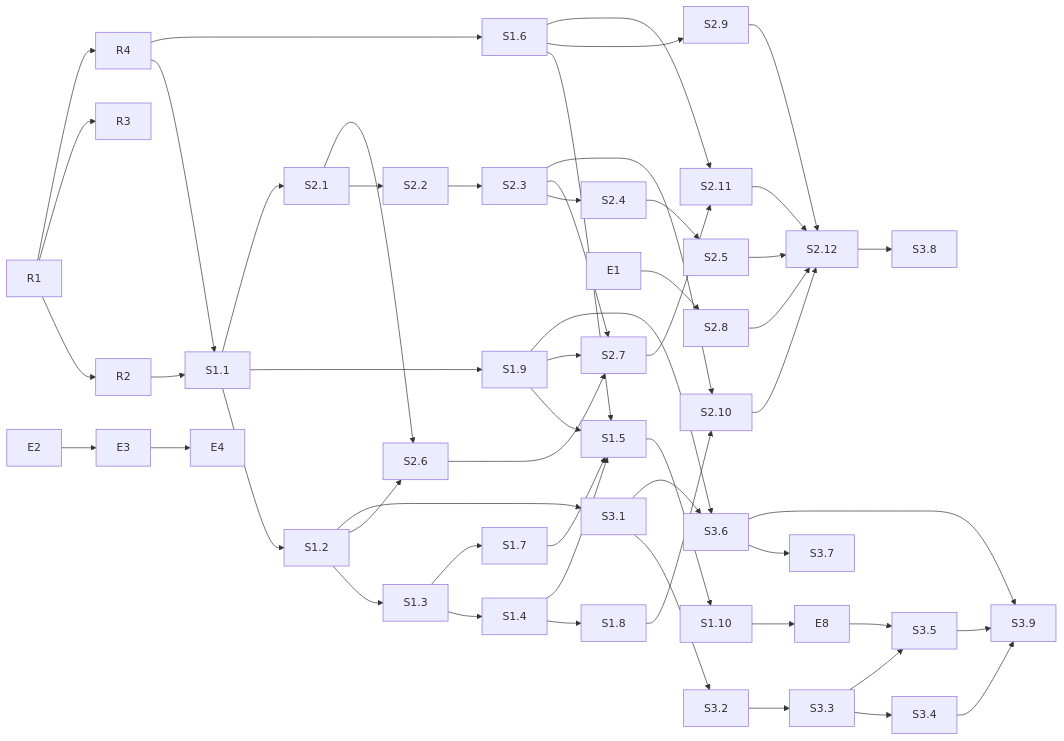
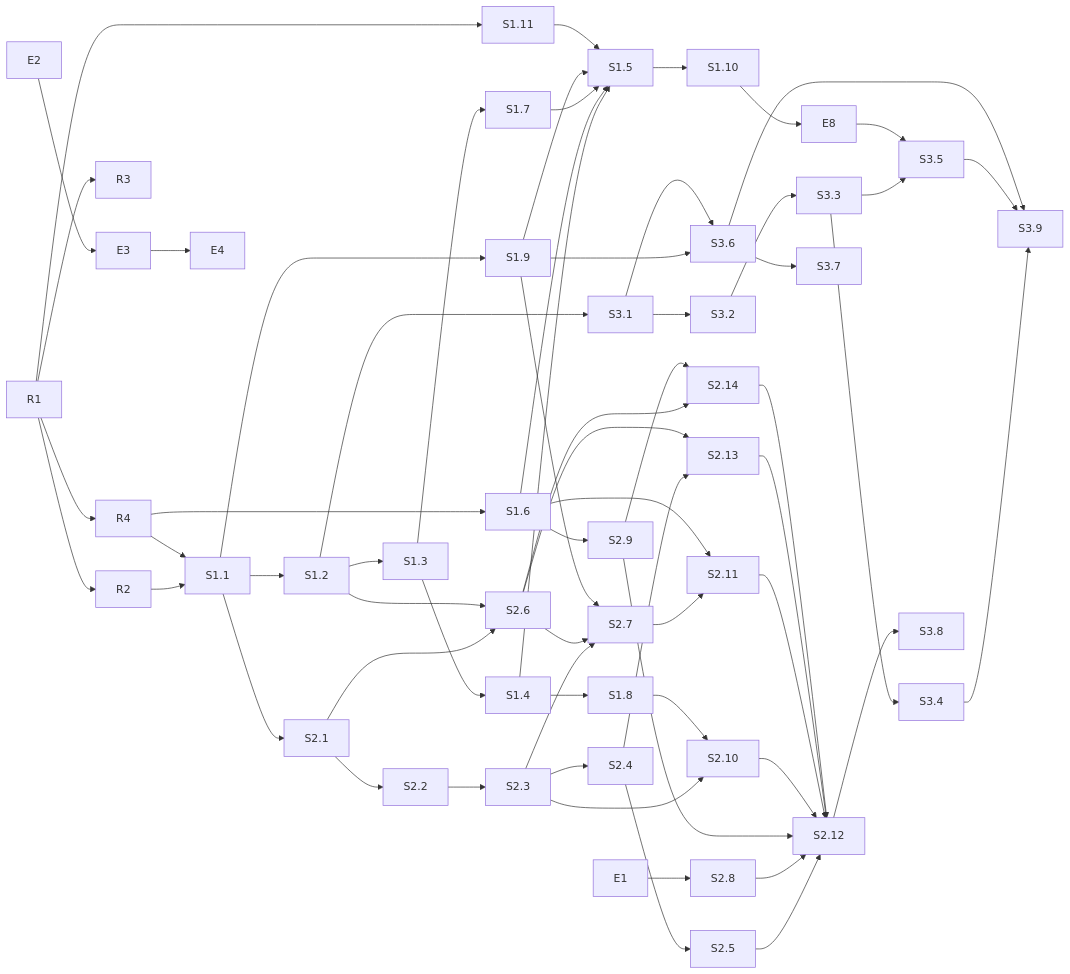
Before and after one commit to btnalit/NextTime-AI: the diagram in docs/development-tasks.md, drawn with Mermaid. The commit also changed other lines of this file and 2 other files, not shown here.

````diff
--- a/docs/development-tasks.md
+++ b/docs/development-tasks.md
@@ -253,24 +272,27 @@
 ```mermaid
 flowchart LR
   R1 --> R2 & R3 & R4
   R2 & R4 --> S1.1 --> S1.2 --> S1.3 --> S1.4 --> S1.8
   S1.1 --> S1.9
   S1.3 --> S1.7
   R4 --> S1.6
-  S1.4 & S1.6 & S1.7 & S1.9 --> S1.5 --> S1.10
+  R1 --> S1.11
+  S1.4 & S1.6 & S1.7 & S1.9 & S1.11 --> S1.5 --> S1.10
   E2 --> E3 --> E4
   S1.10 --> E8
   S1.1 --> S2.1 --> S2.2 --> S2.3 --> S2.4 --> S2.5
   S2.1 & S1.2 --> S2.6
   S2.3 & S2.6 & S1.9 --> S2.7
   E1 --> S2.8
   S1.6 --> S2.9
   S2.3 & S1.8 --> S2.10
   S2.7 & S1.6 --> S2.11
-  S2.5 & S2.8 & S2.9 & S2.10 & S2.11 --> S2.12
+  S2.4 & S2.6 --> S2.13
+  S2.6 & S2.9 --> S2.14
+  S2.5 & S2.8 & S2.9 & S2.10 & S2.11 & S2.13 & S2.14 --> S2.12
   S1.2 --> S3.1 --> S3.2 --> S3.3 --> S3.4
   S3.3 & E8 --> S3.5
   S1.9 & S3.1 --> S3.6 --> S3.7
   S2.12 --> S3.8
   S3.4 & S3.5 & S3.6 --> S3.9
 ```
````
